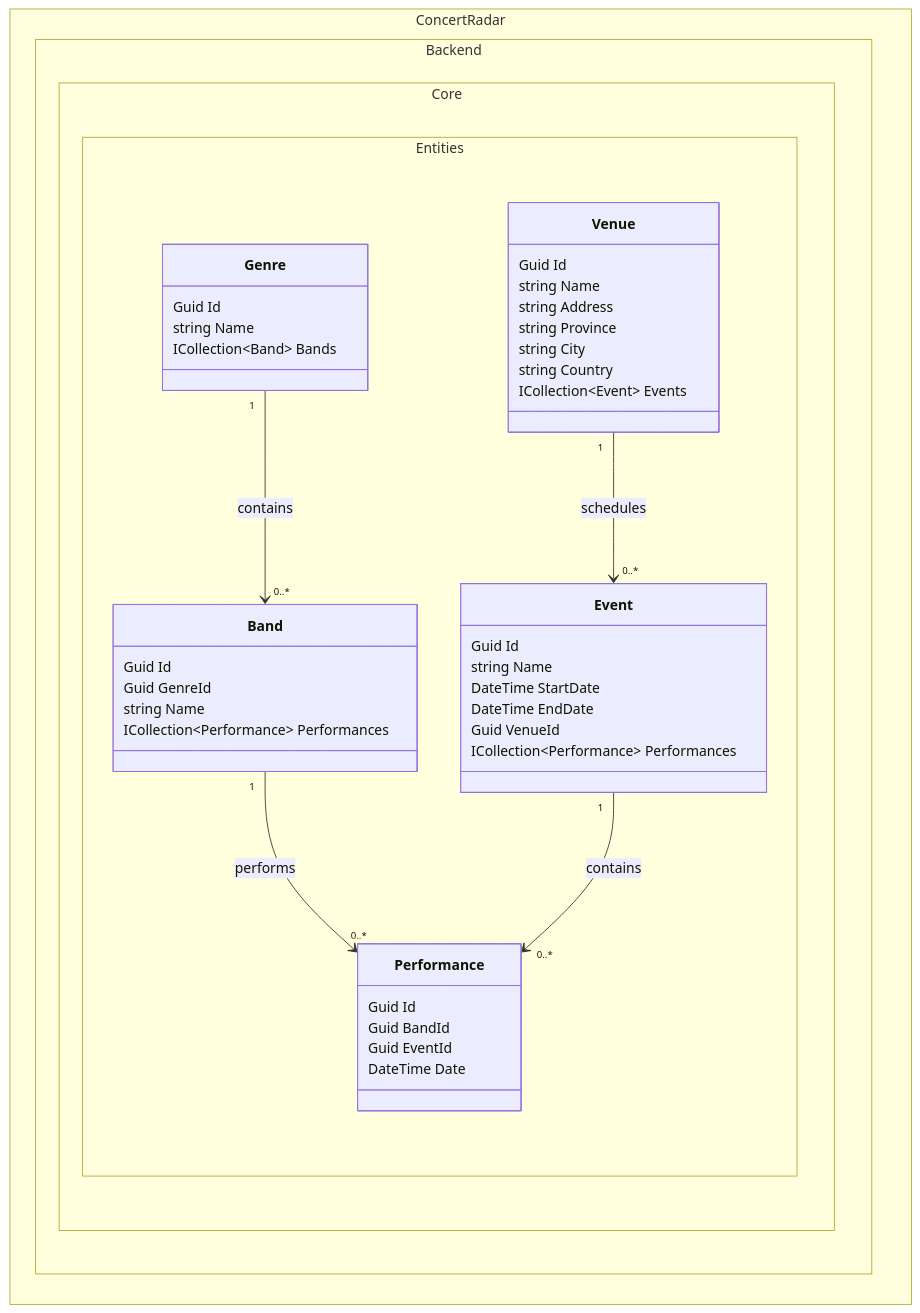
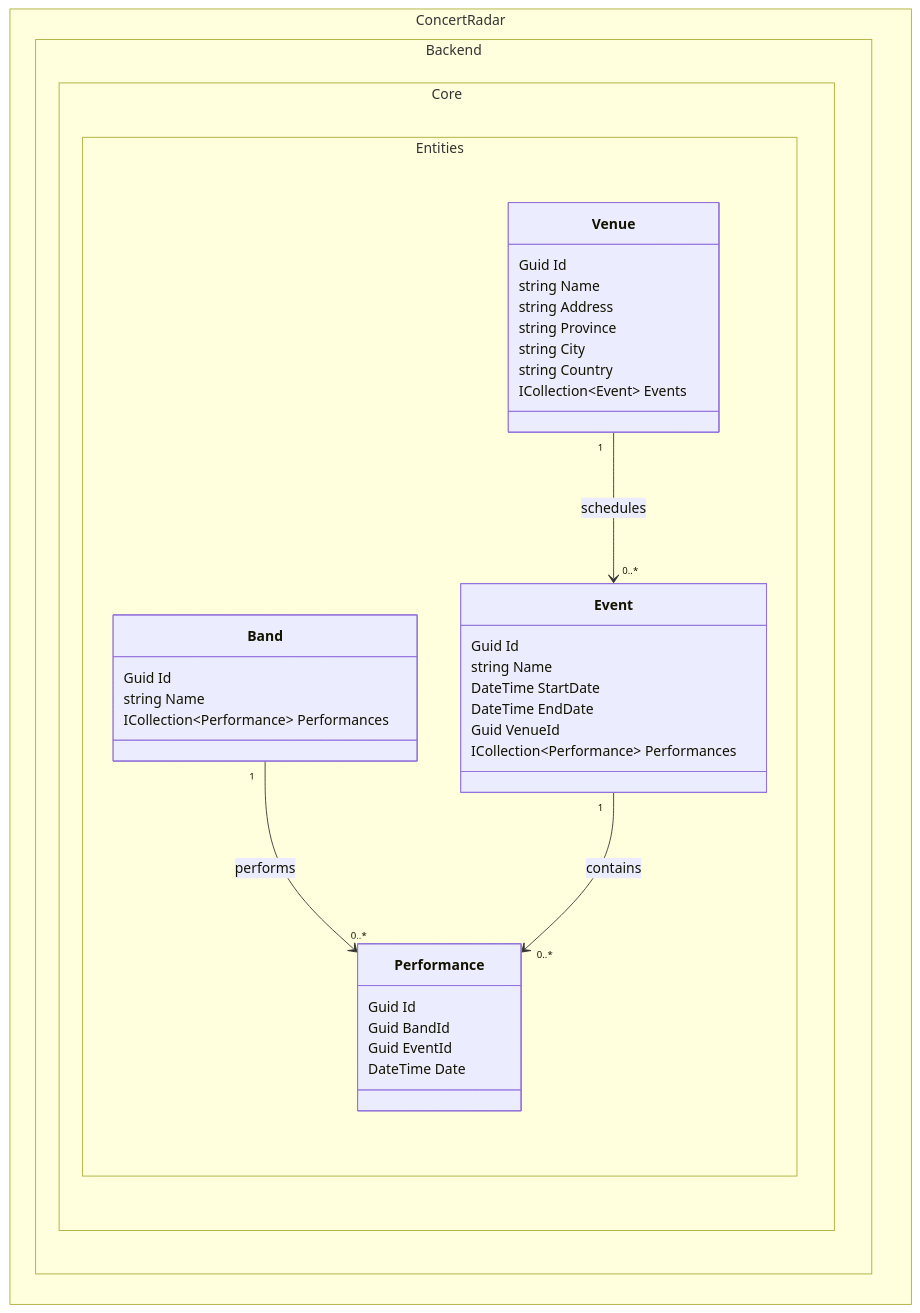
Before and after one commit to aitorforero/ConcertRadar: the diagram in src/backend/ConcertRadar.Backend.Core/Entities/Entities.mmd, drawn with Mermaid. The commit also changed 25 other files, not shown here.

```diff
--- a/src/backend/ConcertRadar.Backend.Core/Entities/Entities.mmd
+++ b/src/backend/ConcertRadar.Backend.Core/Entities/Entities.mmd
@@ -1,46 +1,38 @@
 classDiagram
   namespace ConcertRadar.Backend.Core.Entities {
     class Venue {
       Guid Id
       string Name
       string Address
       string Province
       string City
       string Country
       ICollection~Event~ Events
     }
     
     class Band {
       Guid Id
-      Guid GenreId
       string Name
       ICollection~Performance~ Performances
     }
 
     class Event {
       Guid Id
       string Name
       DateTime StartDate
       DateTime EndDate
       Guid VenueId
       ICollection~Performance~ Performances
     }
 
-    class Genre {
-      Guid Id
-      string Name
-      ICollection~Band~ Bands
-    }
-
     class Performance {
       Guid Id
       Guid BandId
       Guid EventId
       DateTime Date
     }
   }
 
-  Genre "1" --> "0..*" Band : contains
   Band "1" --> "0..*" Performance : performs
   Event "1" --> "0..*" Performance : contains 
   Venue"1" --> "0..*" Event : schedules
```
